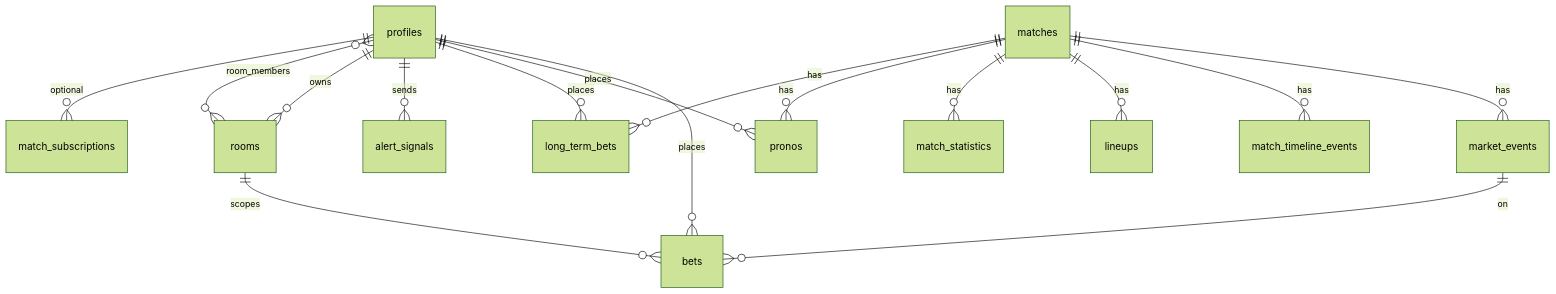
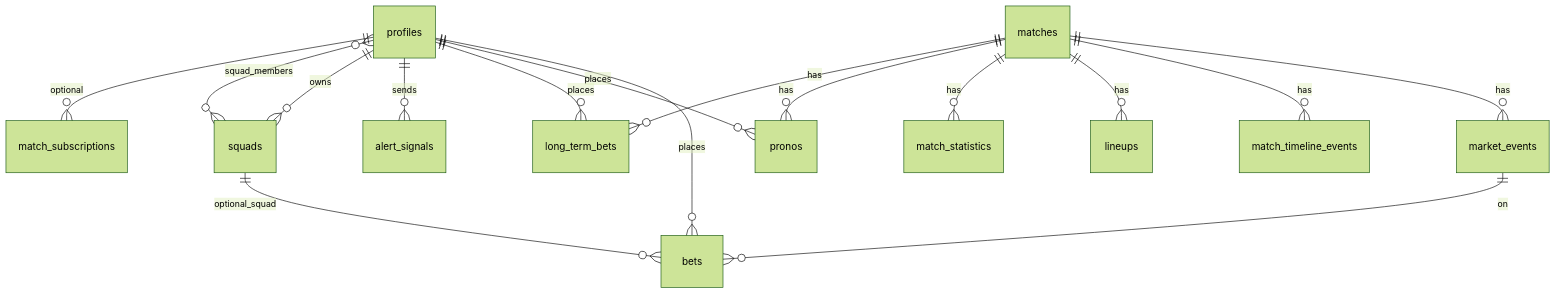
Before and after one commit to remvalet-arch/le-sifflet: the diagram in PROJECT_STATE.md, drawn with Mermaid (forest theme). The commit also changed other lines of this file and 34 other files, not shown here.

````diff
--- a/PROJECT_STATE.md
+++ b/PROJECT_STATE.md
@@ -62,18 +64,18 @@
 ```mermaid
 erDiagram
     profiles ||--o{ bets : places
     profiles ||--o{ pronos : places
     profiles ||--o{ long_term_bets : places
     profiles ||--o{ alert_signals : sends
-    profiles ||--o{ rooms : owns
-    profiles }o--o{ rooms : room_members
+    profiles ||--o{ squads : owns
+    profiles }o--o{ squads : squad_members
     profiles ||--o{ match_subscriptions : optional
     matches ||--o{ market_events : has
     matches ||--o{ match_timeline_events : has
     matches ||--o{ lineups : has
     matches ||--o{ match_statistics : has
     matches ||--o{ pronos : has
     matches ||--o{ long_term_bets : has
     market_events ||--o{ bets : on
-    rooms ||--o{ bets : scopes
+    squads ||--o{ bets : optional_squad
 ```
````
